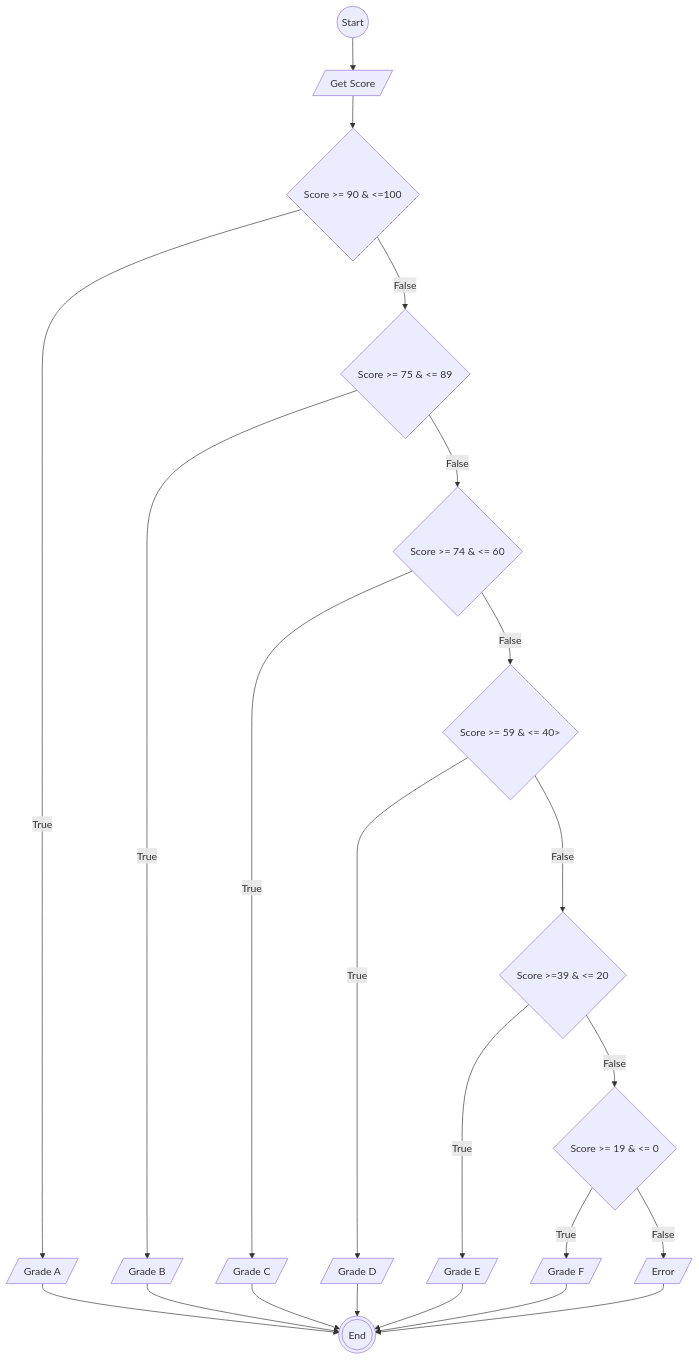
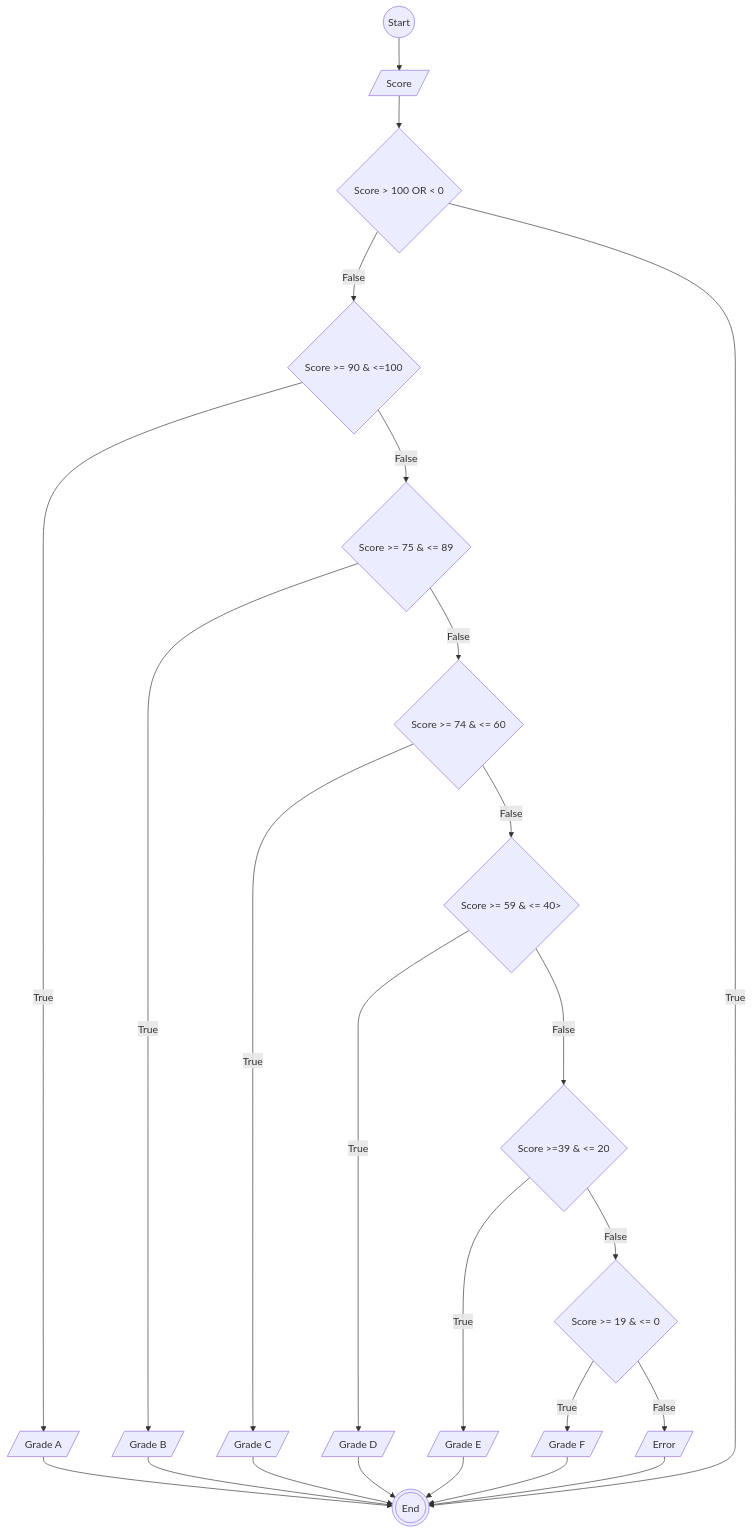
One commit to MohamadDimasPrayoga1010/koda-b4-algoritma changed the diagram in minitask9.md. Above: the diagram before and after it, drawn with Mermaid.

````diff
--- a/minitask9.md
+++ b/minitask9.md
@@ -3,22 +3,24 @@
 ```mermaid
 
 flowchart TD
 
-Start((Start))--> Grade[/Get Score/] -->Score{Score >= 90 <=100} -- True -->A[/Grade A/] -->End(((End)))
+Start((Start))--> Grade[/Score/] -->Err{Score > 100 OR < 0} -- False -->Score{Score >= 90 <=100} -- True -->A[/Grade A/] -->End(((End)))
+
+Err{Score > 100 OR < 0} -- True -->End(((End)))
 
 
 Score{Score >= 90 & <=100} -- False -->ScoreB{Score >= 75 & <= 89} -- True -->B[/Grade B/] -->End(((End)))
 
 ScoreC{Score >= 74 & <= 60} -- True -->C[/Grade C/] -->End(((End)))
 
 ScoreB{Score >= 75 & <= 89} -- False -->ScoreC{Score >= 74 & <= 60} -- False -->ScoreD{Score >= 59 <= 40>} -- True --->D[/Grade D/] -->End(((End)))
 
 
 ScoreD{Score >= 59 & <= 40>} -- False --->ScoreE{Score >=39 <= 20} -- True -->E[/Grade E/] -->End(((End)))
 
 
 ScoreE{Score >=39 & <= 20} -- False -->ScoreF{Score >= 19 <= 0} -- True -->F[/Grade F/] -->End(((End)))
 
 ScoreF{Score >= 19 & <= 0} -- False -->Error[/Error/] -->End(((End))) 
 
 ```
````
